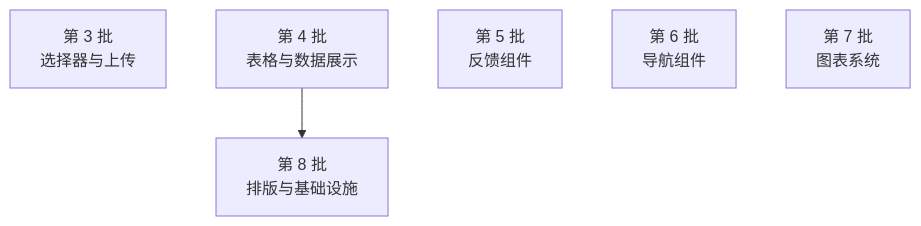
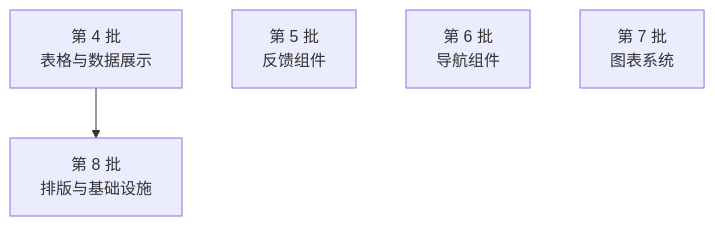
One commit to yang86953/uix-app changed the diagram in docs/进度.md. Above: the diagram before and after it, drawn with Mermaid. The commit also changed other lines of this file and 18 other files, not shown here.

````diff
--- a/docs/进度.md
+++ b/docs/进度.md
@@ -198,17 +192,15 @@
 ```mermaid
 graph TD
-    B3["第 3 批
-选择器与上传"]
     B4["第 4 批
 表格与数据展示"]
     B5["第 5 批
 反馈组件"]
     B6["第 6 批
 导航组件"]
     B7["第 7 批
 图表系统"]
     B8["第 8 批
 排版与基础设施"]
 
     B4 --> B8
 ```
````
